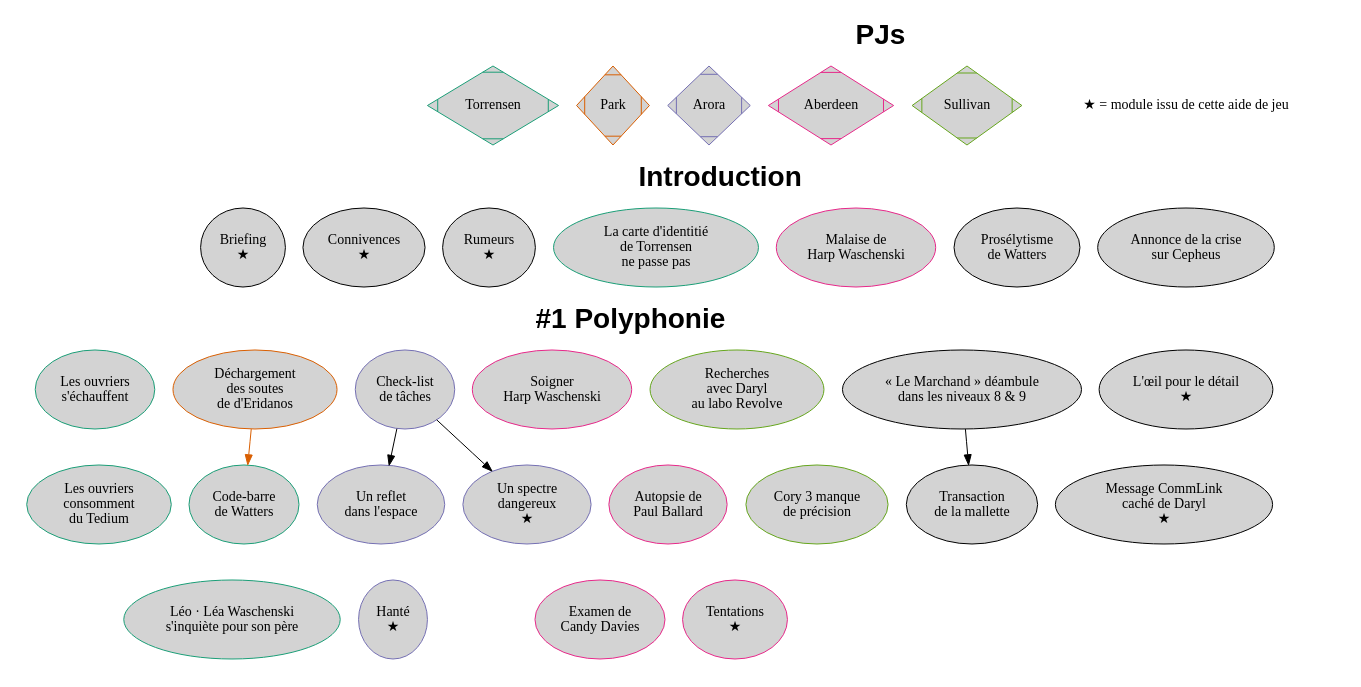
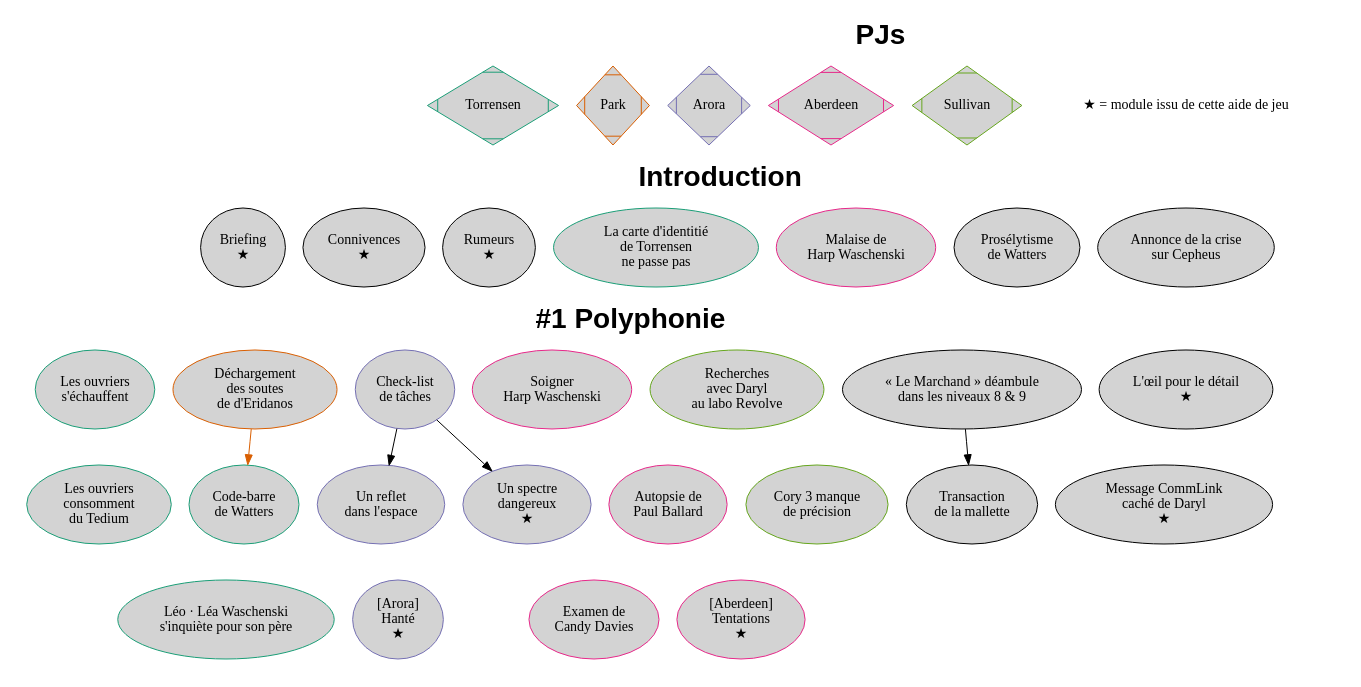
Before and after one commit to Lucas-C/jdr: the diagram in ParadisPerdu/scenario1.dot, drawn with Graphviz. The commit also changed 5 other files, not shown here.

```diff
--- a/ParadisPerdu/scenario1.dot
+++ b/ParadisPerdu/scenario1.dot
@@ -1,62 +1,62 @@
 digraph G {
     fontname = Helvetica;
     node [
         colorscheme = dark25,
         style = filled,
         fillcolor = lightgray,
         fontsize = 14,
         height = 1.1  # Make nodes higher
     ];
     edge [ colorscheme = dark25 ];
     # "If clusterrank=local, a subgraph whose name begins with cluster is given special treatment."
     subgraph cluster_legend {
         peripheries = 0;  # => no border
         star[label="★ = module issu de cette aide de jeu",peripheries=0,style=""];
         Sullivan  [shape=Mdiamond,color=5];
         Aberdeen  [shape=Mdiamond,color=4];
         Arora     [shape=Mdiamond,color=3];
         Park      [shape=Mdiamond,color=2];
         Torrensen [shape=Mdiamond,color=1];
         fontsize = 28;
         label = <<b>PJs</b>>;
     }
     subgraph cluster_intro {
         peripheries = 0;  # => no border
         introTorrensen[color=1,label="La carte d'identitié\nde Torrensen\nne passe pas"];
         introAberdeen [color=4,label="Malaise de\nHarp Waschenski"];
         { rank=same; "Briefing\n★" -> "Connivences\n★" -> "Rumeurs\n★" -> introTorrensen -> introAberdeen -> "Prosélytisme\nde Watters" -> "Annonce de la crise\nsur Cepheus" [style=invis]; }
         fontsize = 28;
         label = <<b>Introduction</b>>;
     }
     subgraph cluster_partie_1 {
         peripheries = 0;  # => no border
         "L'œil pour le détail\n★" -> "Message CommLink\ncaché de Daryl\n★" [style=invis];
         "« Le Marchand » déambule\ndans les niveaux 8 & 9" -> "Transaction\nde la mallette";
         node [color=5];  # Sullivan
         "Recherches\navec Daryl\nau labo Revolve"
         -> "Cory 3 manque\nde précision" [style=invis, rank=same];
         node [color=4];  # Aberdeen
         "Soigner\nHarp Waschenski"
         -> "Autopsie de\nPaul Ballard"
         -> "Examen de\nCandy Davies" [style=invis, rank=same];
         "Autopsie de\nPaul Ballard"
-        -> "Tentations\n★" [style=invis, rank=same];
+        -> "[Aberdeen]\nTentations\n★" [style=invis, rank=same];
         node [color=3];  # Arora
         "Check-list\nde tâches" -> "Un reflet\ndans l'espace";
         "Check-list\nde tâches" -> "Un spectre\ndangereux\n★"
-        "Un reflet\ndans l'espace" -> "Hanté\n★" [style=invis, rank=same];
+        "Un reflet\ndans l'espace" -> "[Arora]\nHanté\n★" [style=invis, rank=same];
         node [color=2];  # Park
         "Déchargement\ndes soutes\nde d'Eridanos";
         node [color=1];  # Torrensen
         "Les ouvriers\ns'échauffent"
         -> "Code-barre\nde Watters"
         -> "Léo · Léa Waschenski\ns'inquiète pour son père" [style=invis, rank=same];
         "Les ouvriers\ns'échauffent" -> "Les ouvriers\nconsomment\ndu Tedium" [style=invis, rank=same];
         "Déchargement\ndes soutes\nde d'Eridanos" -> "Code-barre\nde Watters" [color=2];
         fontsize = 28;
         label = <<b>#1 Polyphonie</b>>;
     }
     // Force clusters based on (added) rank
     // Recipe from: https://stackoverflow.com/a/72102766/636849
     {star} -> {"Annonce de la crise\nsur Cepheus"} -> {"L'œil pour le détail\n★"} [style=invis];
 }
```
